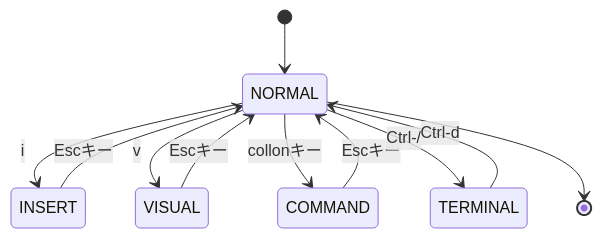
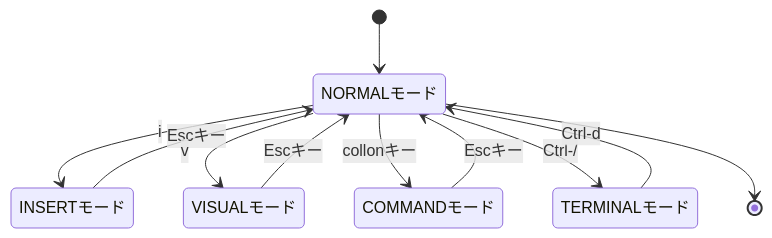
The diagram in DocumentCreation/neovimBible.md (HirotoIgarashi/my-document), drawn with Mermaid before and after one commit. The commit also changed other lines of this file, not shown here.

````diff
--- a/DocumentCreation/neovimBible.md
+++ b/DocumentCreation/neovimBible.md
@@ -27,13 +25,13 @@
 ```mermaid
 stateDiagram-v2
-    [*] --> NORMAL
-    NORMAL --> INSERT: i
-    INSERT --> NORMAL: Escキー
-    NORMAL --> VISUAL: v
-    VISUAL --> NORMAL: Escキー
-    NORMAL --> COMMAND: collonキー
-    COMMAND --> NORMAL: Escキー
-    NORMAL --> TERMINAL: Ctrl-/
-    TERMINAL --> NORMAL: Ctrl-d
-    NORMAL --> [*]
+    [*] --> NORMALモード
+    NORMALモード --> INSERTモード: i
+    INSERTモード --> NORMALモード: Escキー
+    NORMALモード --> VISUALモード: v
+    VISUALモード --> NORMALモード: Escキー
+    NORMALモード --> COMMANDモード: collonキー
+    COMMANDモード --> NORMALモード: Escキー
+    NORMALモード --> TERMINALモード: Ctrl-/
+    TERMINALモード --> NORMALモード: Ctrl-d
+    NORMALモード --> [*]
 ```
````
